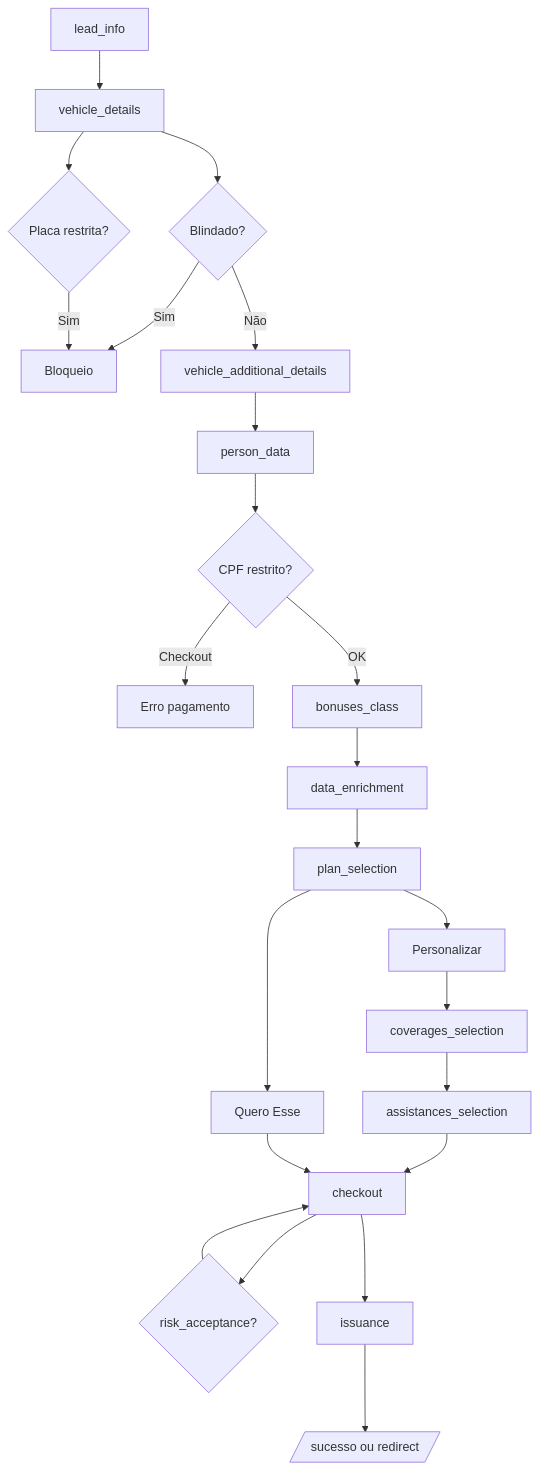
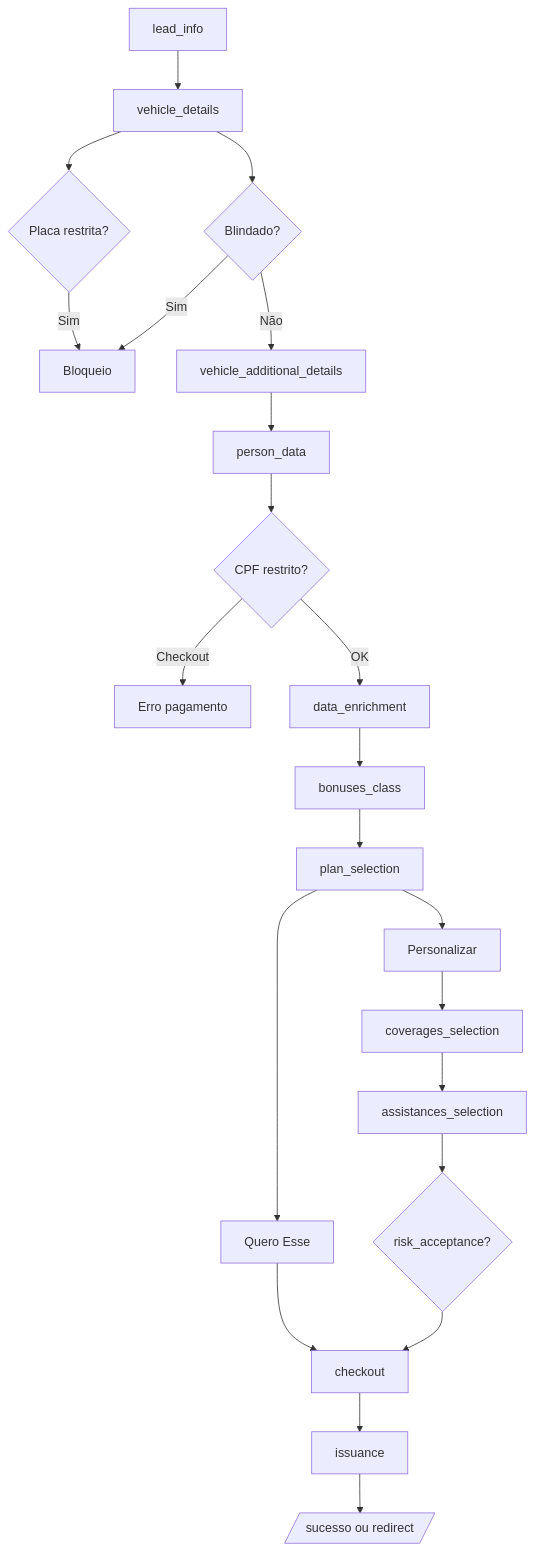
Before and after one commit to gabrielroquim-youse/qa-e2e-tests-automation: the diagram in docs/guides/fluxos-cotacao-auto.md, drawn with Mermaid. The commit also changed other lines of this file and 36 other files, not shown here.

````diff
--- a/docs/guides/fluxos-cotacao-auto.md
+++ b/docs/guides/fluxos-cotacao-auto.md
@@ -11,25 +11,24 @@
 ```mermaid
 flowchart TD
   A[lead_info] --> B[vehicle_details]
   B --> B1{Blindado?}
   B1 -->|Sim| BX[Bloqueio]
   B1 -->|Não| C[vehicle_additional_details]
   B --> B2{Placa restrita?}
   B2 -->|Sim| BX
   C --> D[person_data]
   D --> D1{CPF restrito?}
   D1 -->|Checkout| E1[Erro pagamento]
-  D1 -->|OK| E[bonuses_class]
-  E --> F[data_enrichment]
-  F --> G[plan_selection]
+  D1 -->|OK| F[data_enrichment]
+  F --> E[bonuses_class]
+  E --> G[plan_selection]
   G --> H1[Quero Esse]
   G --> H2[Personalizar]
   H2 --> I[coverages_selection]
   I --> J[assistances_selection]
-  J --> K[checkout]
+  J --> L{risk_acceptance?}
+  L --> K[checkout]
   H1 --> K
-  K --> L{risk_acceptance?}
-  L --> K
   K --> M[issuance]
   M --> N[/sucesso ou redirect/]
 ```
````
